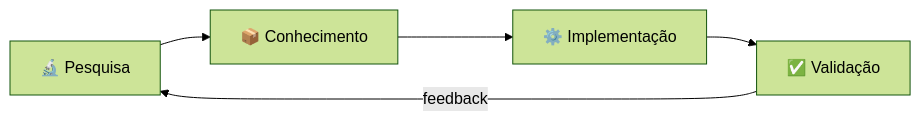
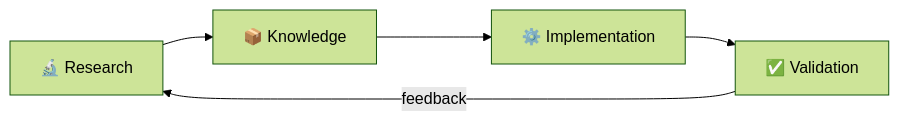
Before and after one commit to rodrigo-mendes/agents-factory: the first of 5 diagrams in docs/visao-geral.md, drawn with Mermaid (forest theme). The commit also changed other lines of this file and 70 other files, not shown here.

````diff
--- a/docs/visao-geral.md
+++ b/docs/visao-geral.md
@@ -7,7 +7,7 @@
 ```mermaid
 graph LR
-    A[🔬 Pesquisa] --> B[📦 Conhecimento]
-    B --> C[⚙️ Implementação]
-    C --> D[✅ Validação]
+    A[🔬 Research] --> B[📦 Knowledge]
+    B --> C[⚙️ Implementation]
+    C --> D[✅ Validation]
     D -->|feedback| A
 ```
````
